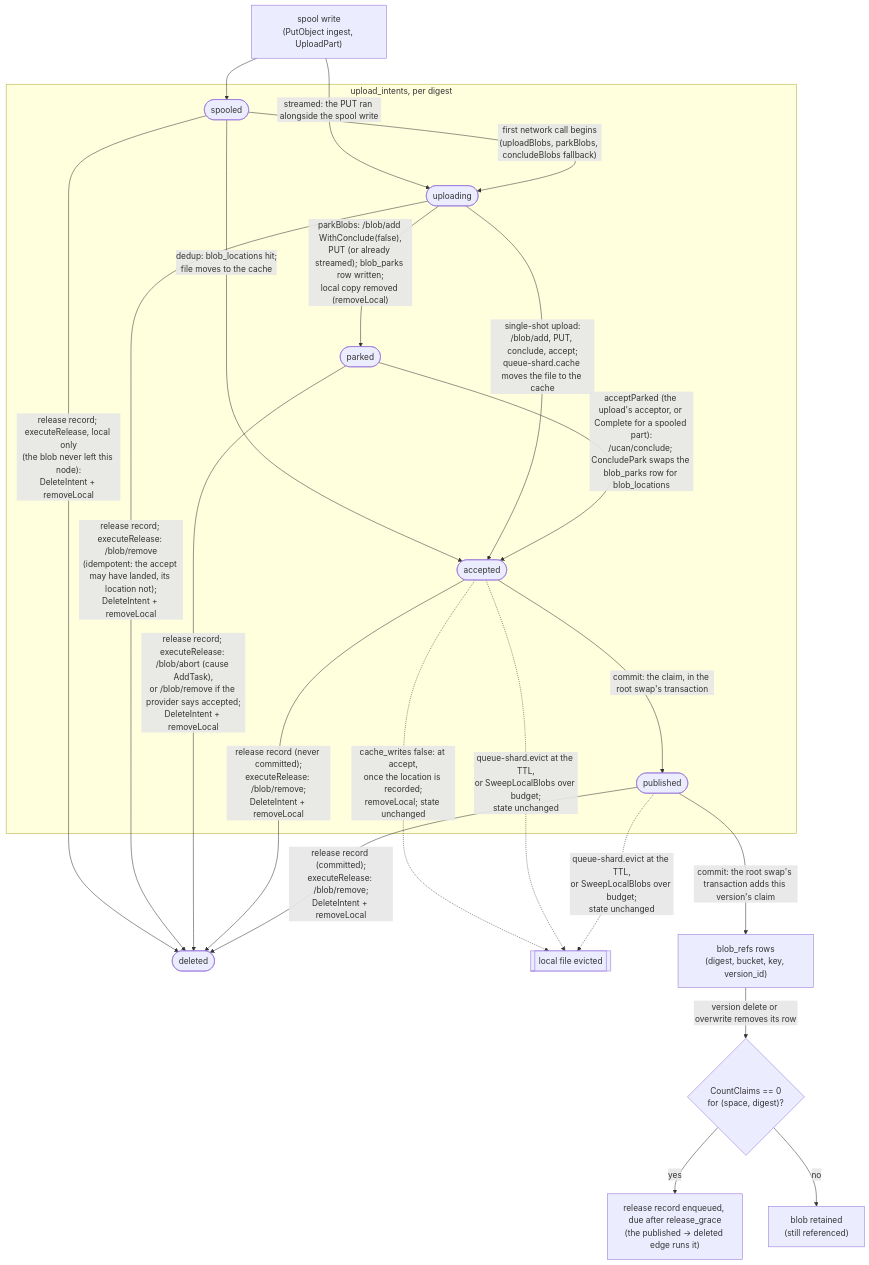
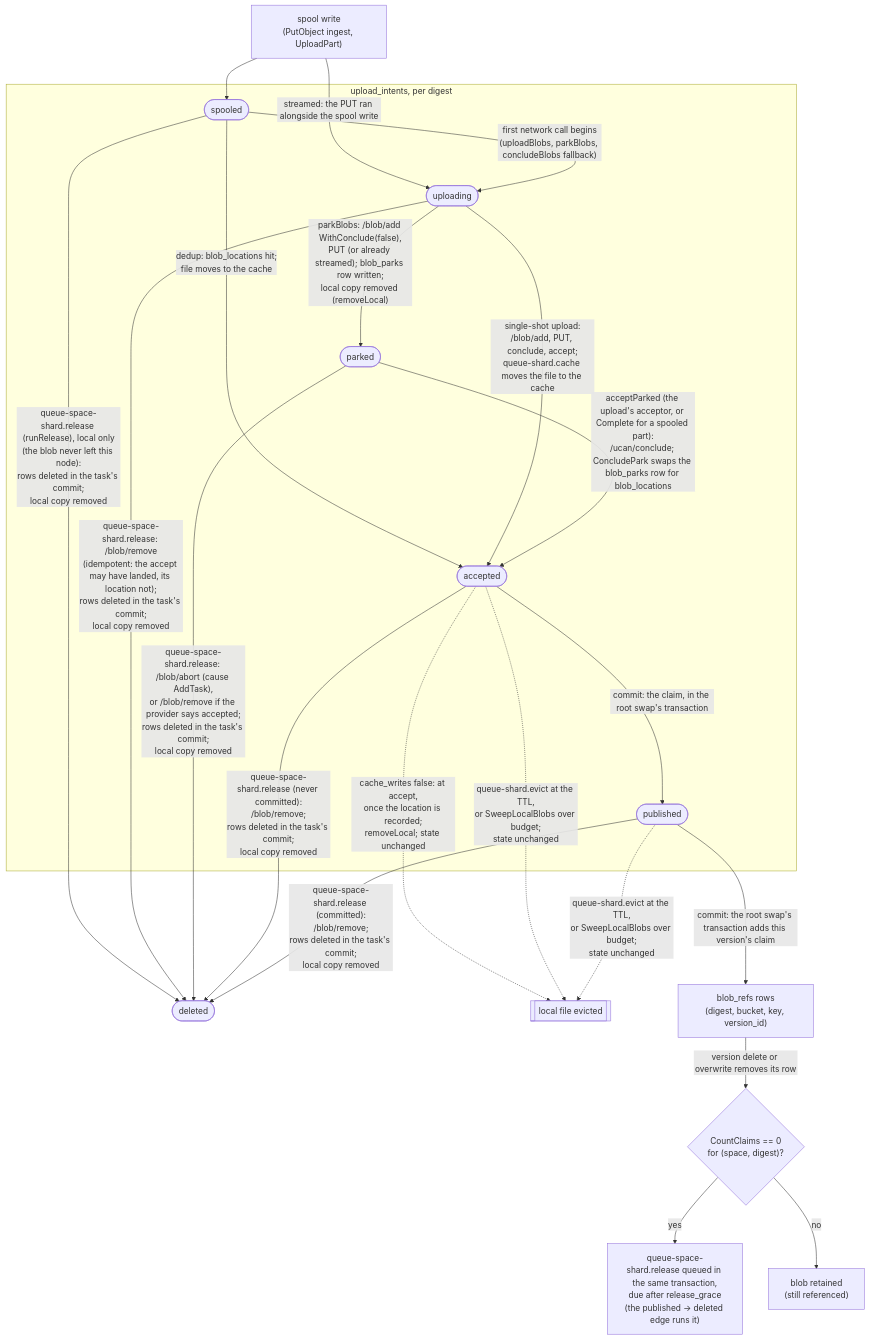
One commit to fil-forge/ingot changed the ninth of 15 diagrams in docs/diagrams.md. Above: the diagram before and after it, drawn with Mermaid. The commit also changed other lines of this file and 46 other files, not shown here.

First line of the commit message:
feat: release blobs as `queue-space-shard.release` tasks (#344)

````diff
--- a/docs/diagrams.md
+++ b/docs/diagrams.md
@@ -699,34 +701,34 @@
 ```mermaid
 flowchart TB
     W["spool write<br/>(PutObject ingest, UploadPart)"] --> spooled
     W -->|"streamed: the PUT ran alongside the spool write"| uploading
 
     subgraph intents["upload_intents, per digest"]
         spooled([spooled])
         uploading([uploading])
         parked([parked])
         accepted([accepted])
         published([published])
     end
 
     spooled -->|"dedup: blob_locations hit;<br/>file moves to the cache"| accepted
     spooled -->|"first network call begins<br/>(uploadBlobs, parkBlobs, concludeBlobs fallback)"| uploading
     uploading -->|"single-shot upload:<br/>/blob/add, PUT, conclude, accept;<br/>queue-shard.cache moves the file to the cache"| accepted
     uploading -->|"parkBlobs: /blob/add WithConclude(false),<br/>PUT (or already streamed); blob_parks row written;<br/>local copy removed (removeLocal)"| parked
     parked -->|"acceptParked (the upload's acceptor, or Complete for a spooled part):<br/>/ucan/conclude; ConcludePark swaps the blob_parks row for blob_locations"| accepted
-    spooled -->|"release record; executeRelease, local only<br/>(the blob never left this node):<br/>DeleteIntent + removeLocal"| gone([deleted])
-    uploading -->|"release record; executeRelease: /blob/remove<br/>(idempotent: the accept may have landed, its location not);<br/>DeleteIntent + removeLocal"| gone
-    parked -->|"release record; executeRelease: /blob/abort (cause AddTask),<br/>or /blob/remove if the provider says accepted;<br/>DeleteIntent + removeLocal"| gone
-    accepted -->|"release record (never committed);<br/>executeRelease: /blob/remove;<br/>DeleteIntent + removeLocal"| gone
-    published -->|"release record (committed);<br/>executeRelease: /blob/remove;<br/>DeleteIntent + removeLocal"| gone
+    spooled -->|"queue-space-shard.release (runRelease), local only<br/>(the blob never left this node):<br/>rows deleted in the task's commit;<br/>local copy removed"| gone([deleted])
+    uploading -->|"queue-space-shard.release: /blob/remove<br/>(idempotent: the accept may have landed, its location not);<br/>rows deleted in the task's commit;<br/>local copy removed"| gone
+    parked -->|"queue-space-shard.release: /blob/abort (cause AddTask),<br/>or /blob/remove if the provider says accepted;<br/>rows deleted in the task's commit;<br/>local copy removed"| gone
+    accepted -->|"queue-space-shard.release (never committed):<br/>/blob/remove;<br/>rows deleted in the task's commit;<br/>local copy removed"| gone
+    published -->|"queue-space-shard.release (committed):<br/>/blob/remove;<br/>rows deleted in the task's commit;<br/>local copy removed"| gone
 
     accepted -->|"commit: the claim, in the root swap's transaction"| published
 
     accepted -.->|"cache_writes false: at accept,<br/>once the location is recorded;<br/>removeLocal; state unchanged"| evicted[["local file evicted"]]
     accepted -.->|"queue-shard.evict at the TTL,<br/>or SweepLocalBlobs over budget;<br/>state unchanged"| evicted
     published -.->|"queue-shard.evict at the TTL,<br/>or SweepLocalBlobs over budget;<br/>state unchanged"| evicted
     published -->|"commit: the root swap's transaction adds this version's claim"| refs["blob_refs rows<br/>(digest, bucket, key, version_id)"]
     refs -->|"version delete or overwrite removes its row"| zero{"CountClaims == 0<br/>for (space, digest)?"}
-    zero -->|yes| rel["release record enqueued, due after release_grace<br/>(the published → deleted edge runs it)"]
+    zero -->|yes| rel["queue-space-shard.release queued in the same transaction,<br/>due after release_grace<br/>(the published → deleted edge runs it)"]
     zero -->|no| keep["blob retained<br/>(still referenced)"]
 ```
````
